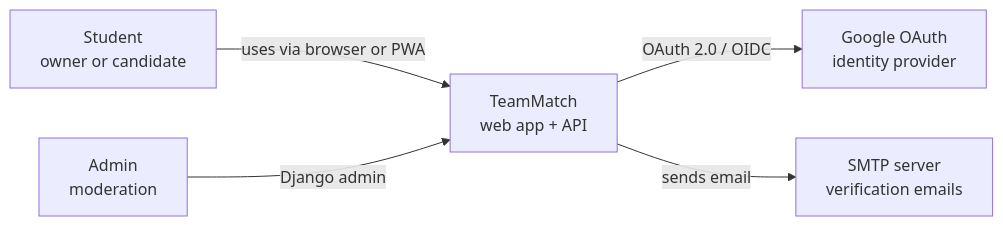
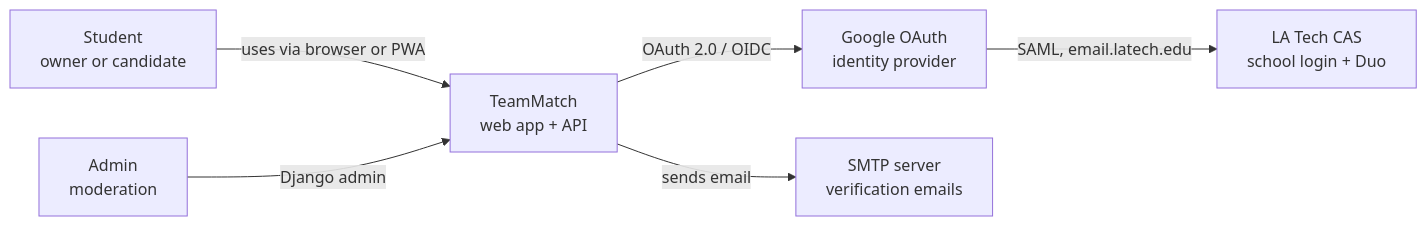
The first of 2 diagrams in docs/architecture/overview.md (season101/teammatch), drawn with Mermaid before and after one commit. The commit also changed 7 other files, not shown here.

````diff
--- a/docs/architecture/overview.md
+++ b/docs/architecture/overview.md
@@ -34,13 +34,15 @@
 ```mermaid
 flowchart LR
     student["Student<br/>owner or candidate"]
     admin["Admin<br/>moderation"]
     tm["TeamMatch<br/>web app + API"]
     google["Google OAuth<br/>identity provider"]
+    cas["LA Tech CAS<br/>school login + Duo"]
     smtp["SMTP server<br/>verification emails"]
 
     student -->|"uses via browser or PWA"| tm
     admin -->|"Django admin"| tm
     tm -->|"OAuth 2.0 / OIDC"| google
+    google -->|"SAML, email.latech.edu"| cas
     tm -->|"sends email"| smtp
 ```
````
